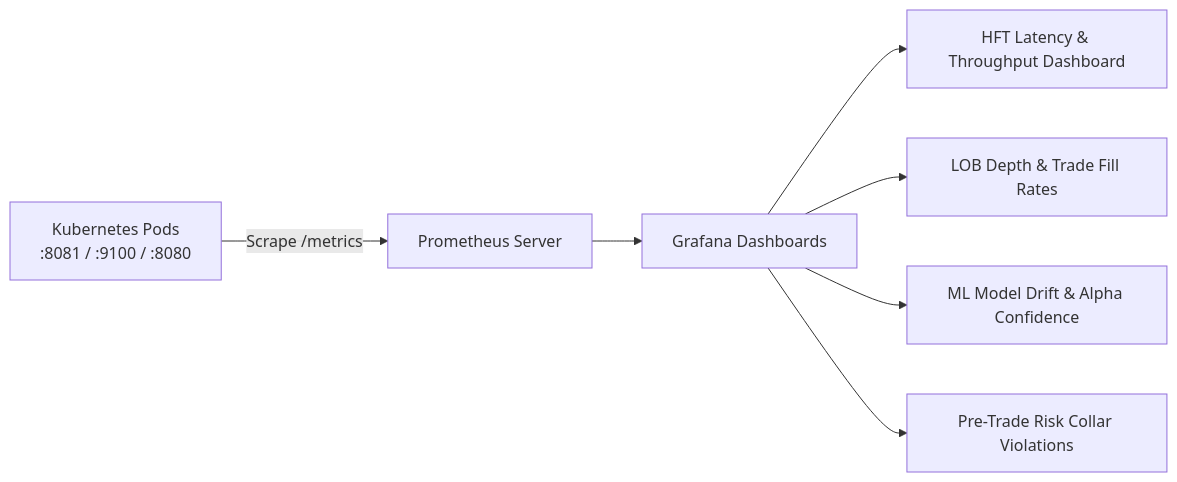
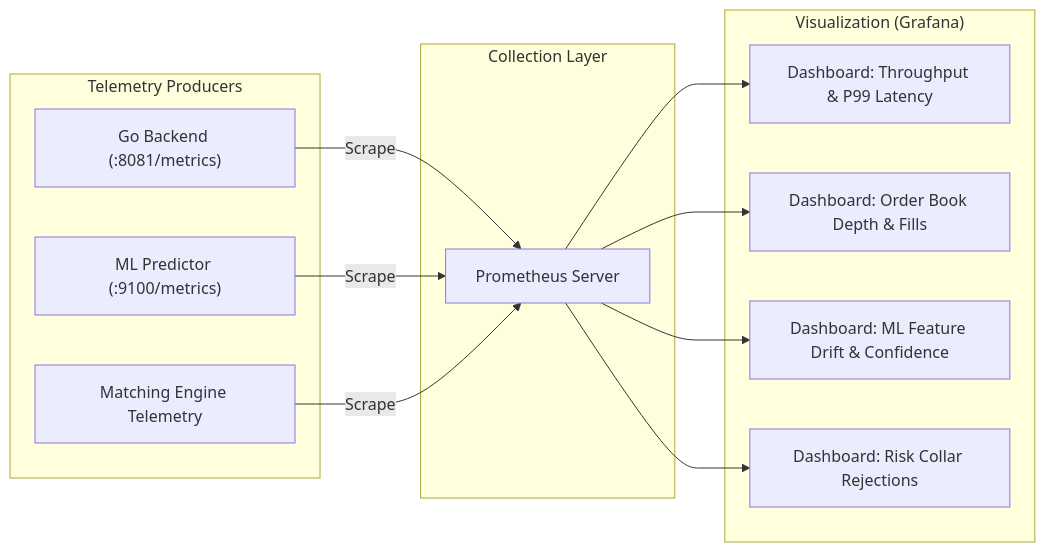
One commit to ansh0014/Quant_Trade changed the fifth of 5 diagrams in README.md. Above: the diagram before and after it, drawn with Mermaid. The commit also changed other lines of this file, not shown here.

Commit message:
docs: restore and fix all Mermaid architecture diagrams with proper escaping

````diff
--- a/README.md
+++ b/README.md
@@ -198,9 +236,27 @@
 ```mermaid
 flowchart LR
-    K3S_PODS[Kubernetes Pods\n:8081 / :9100 / :8080] -->|Scrape /metrics| PROM[Prometheus Server]
-    PROM --> GRAF[Grafana Dashboards]
-    GRAF --> D1[HFT Latency & Throughput Dashboard]
-    GRAF --> D2[LOB Depth & Trade Fill Rates]
-    GRAF --> D3[ML Model Drift & Alpha Confidence]
-    GRAF --> D4[Pre-Trade Risk Collar Violations]
+    subgraph S1["Telemetry Producers"]
+        P1["Go Backend (:8081/metrics)"]
+        P2["ML Predictor (:9100/metrics)"]
+        P3["Matching Engine Telemetry"]
+    end
+
+    subgraph S2["Collection Layer"]
+        PROM["Prometheus Server"]
+    end
+
+    subgraph S3["Visualization (Grafana)"]
+        D1["Dashboard: Throughput & P99 Latency"]
+        D2["Dashboard: Order Book Depth & Fills"]
+        D3["Dashboard: ML Feature Drift & Confidence"]
+        D4["Dashboard: Risk Collar Rejections"]
+    end
+
+    P1 -->|Scrape| PROM
+    P2 -->|Scrape| PROM
+    P3 -->|Scrape| PROM
+    PROM --> D1
+    PROM --> D2
+    PROM --> D3
+    PROM --> D4
 ```
````
